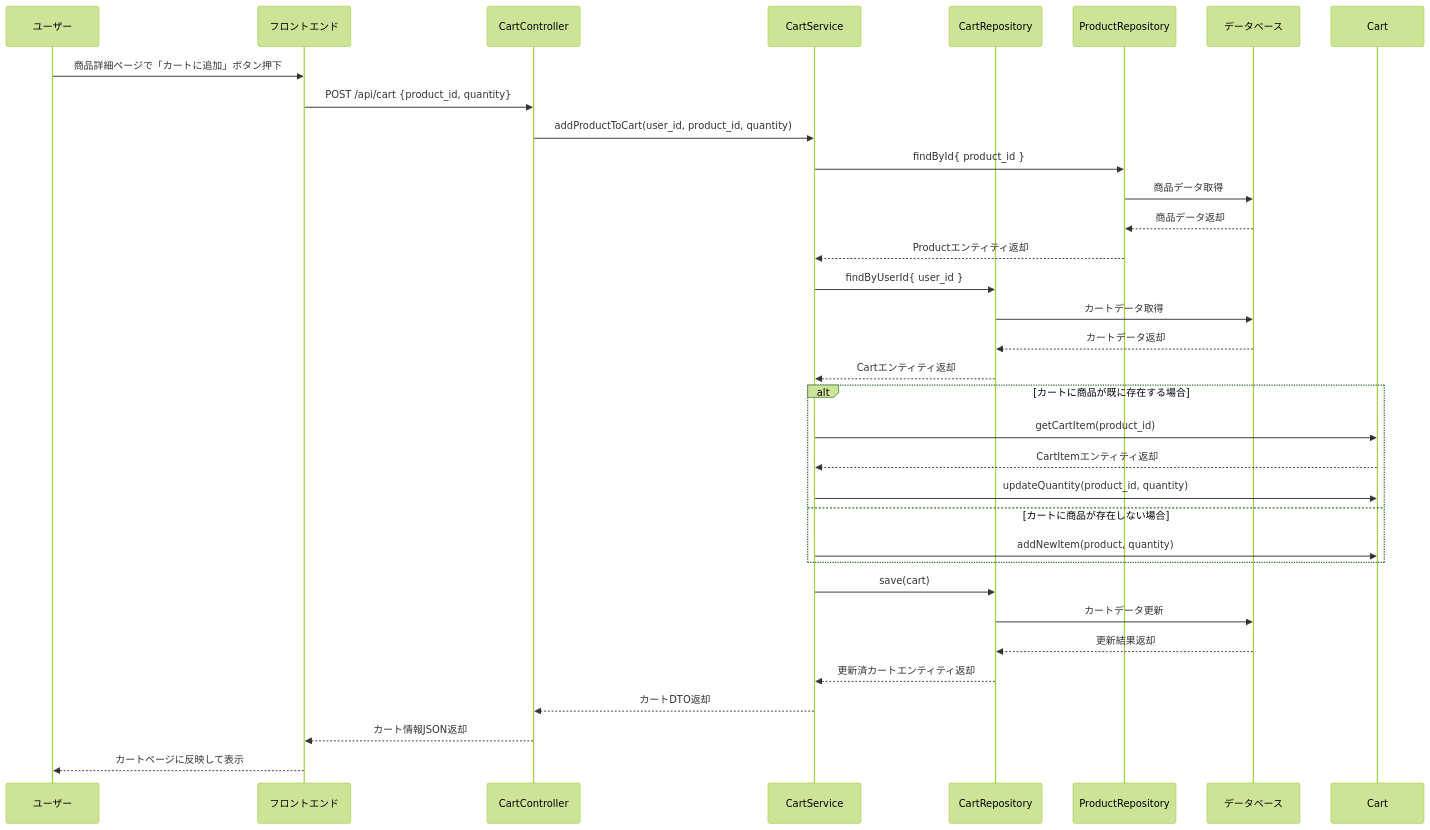
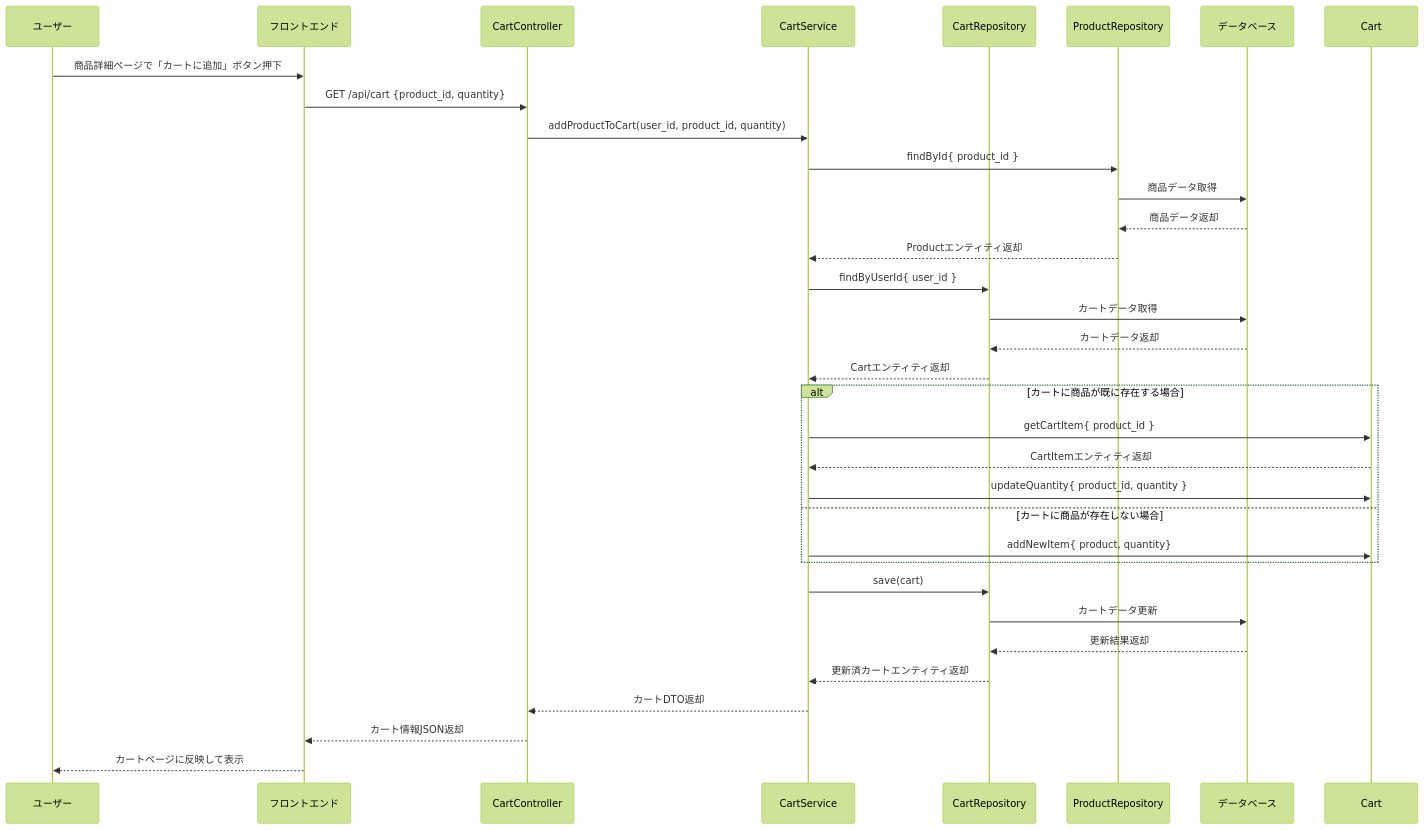
The sixth of 36 diagrams in 詳細設計/提出用/詳細設計書.md (Aoi-Yaegashi/teamF), drawn with Mermaid (forest theme) before and after one commit. The commit also changed other lines of this file, not shown here.

```diff
--- a/詳細設計/提出用/詳細設計書.md
+++ b/詳細設計/提出用/詳細設計書.md
@@ -529,36 +529,36 @@
 <div class="mermaid">
 sequenceDiagram
     participant User as ユーザー
     participant Browser as フロントエンド
     participant CartController as CartController
     participant CartService as CartService
     participant CartRepo as CartRepository
     participant ProductRepo as ProductRepository
     participant DB as データベース
 
     User->>Browser: 商品詳細ページで「カートに追加」ボタン押下
-    Browser->>CartController: POST /api/cart {product_id, quantity}
+    Browser->>CartController: GET /api/cart {product_id, quantity}
     CartController->>CartService: addProductToCart(user_id, product_id, quantity)
     CartService->>ProductRepo: findById{ product_id }
     ProductRepo->>DB: 商品データ取得
     DB-->>ProductRepo: 商品データ返却
     ProductRepo-->>CartService: Productエンティティ返却
     CartService->>CartRepo: findByUserId{ user_id }
     CartRepo->>DB: カートデータ取得
     DB-->>CartRepo: カートデータ返却
     CartRepo-->>CartService: Cartエンティティ返却
     alt カートに商品が既に存在する場合
-        CartService->>Cart: getCartItem(product_id)
+        CartService->>Cart: getCartItem{ product_id }
         Cart-->>CartService: CartItemエンティティ返却
-        CartService->>Cart: updateQuantity(product_id, quantity)
+        CartService->>Cart: updateQuantity{ product_id, quantity }
     else カートに商品が存在しない場合
-        CartService->>Cart: addNewItem(product, quantity)
+        CartService->>Cart: addNewItem{ product, quantity}
     end
     CartService->>CartRepo: save(cart)
     CartRepo->>DB: カートデータ更新
     DB-->>CartRepo: 更新結果返却
     CartRepo-->>CartService: 更新済カートエンティティ返却
     CartService-->>CartController: カートDTO返却
     CartController-->>Browser: カート情報JSON返却
     Browser-->>User: カートページに反映して表示
 </div>
```
